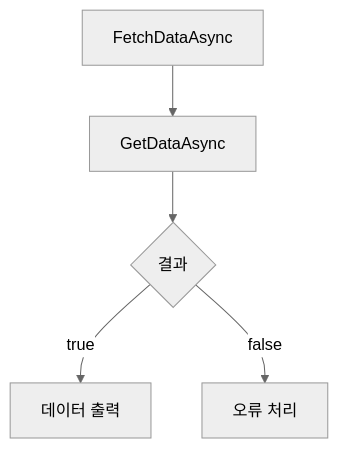
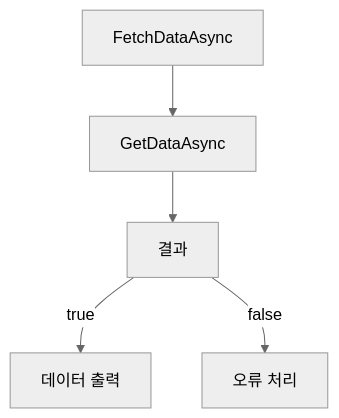
Before and after one commit to 42jerrykim/42jerrykim.github.io: the fourth of 7 diagrams in content/post/2024/2024-10-16-csharp-discards/index.md, drawn with Mermaid (neutral theme). The commit also changed other lines of this file and 239 other files, not shown here.

````diff
--- a/content/post/2024/2024-10-16-csharp-discards/index.md
+++ b/content/post/2024/2024-10-16-csharp-discards/index.md
@@ -430,7 +333,12 @@
 ```mermaid
-graph TD;
-    A[FetchDataAsync] --> B[GetDataAsync]
-    B --> C{결과}
-    C -->|true| D[데이터 출력]
-    C -->|false| E[오류 처리]
+graph TD
+    FetchAsync["FetchDataAsync"]
+    GetAsync["GetDataAsync"]
+    ResultNode["결과"]
+    OutputData["데이터 출력"]
+    ErrorHandling["오류 처리"]
+    FetchAsync --> GetAsync
+    GetAsync --> ResultNode
+    ResultNode -->|"true"| OutputData
+    ResultNode -->|"false"| ErrorHandling
 ```
````
